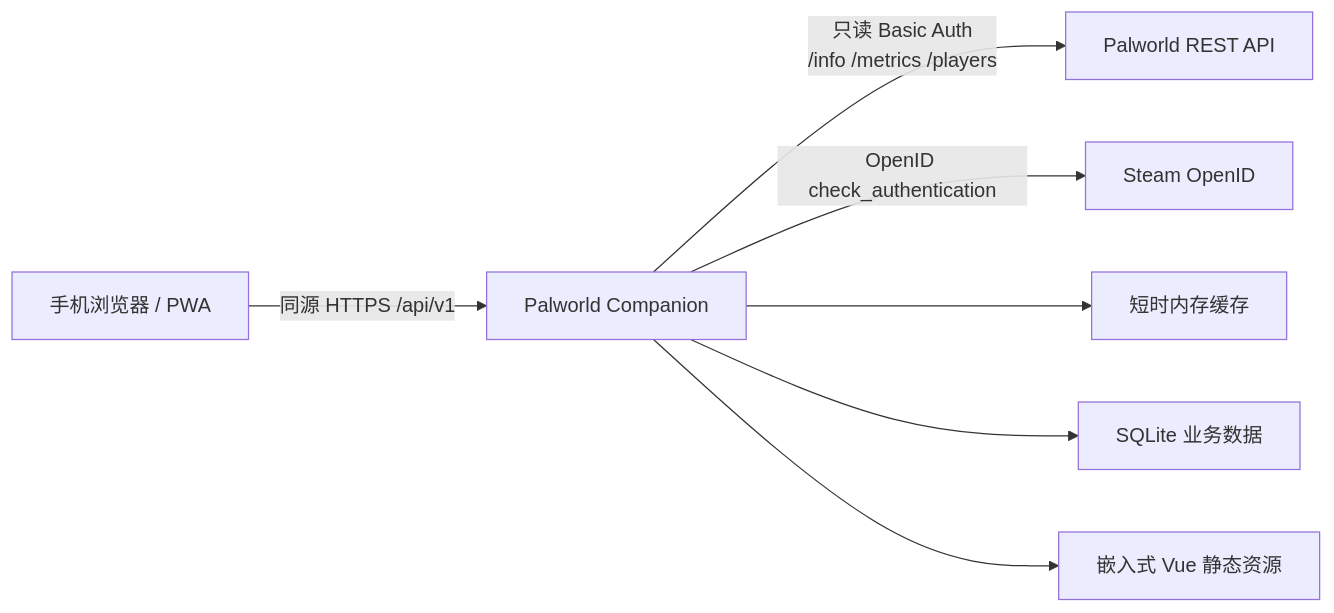
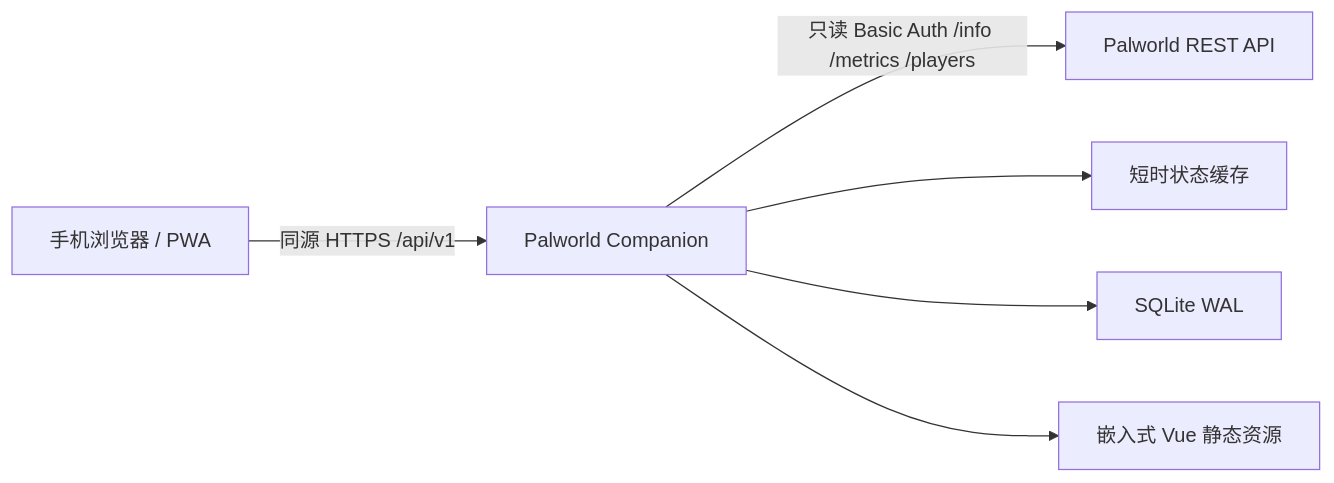
The diagram in docs/architecture.md (dlcwshi/palworld-companion), drawn with Mermaid before and after one commit. The commit also changed other lines of this file and 5 other files, not shown here.

````diff
--- a/docs/architecture.md
+++ b/docs/architecture.md
@@ -5,9 +5,8 @@
 ```mermaid
 flowchart LR
     P["手机浏览器 / PWA"] -->|"同源 HTTPS /api/v1"| C["Palworld Companion"]
-    C -->|"只读 Basic Auth<br/>/info /metrics /players"| R["Palworld REST API"]
-    C -->|"OpenID check_authentication"| O["Steam OpenID"]
-    C --> M["短时内存缓存"]
-	C --> S["SQLite 业务数据"]
+    C -->|"只读 Basic Auth /info /metrics /players"| R["Palworld REST API"]
+    C --> M["短时状态缓存"]
+    C --> S["SQLite WAL"]
     C --> E["嵌入式 Vue 静态资源"]
 ```
````
